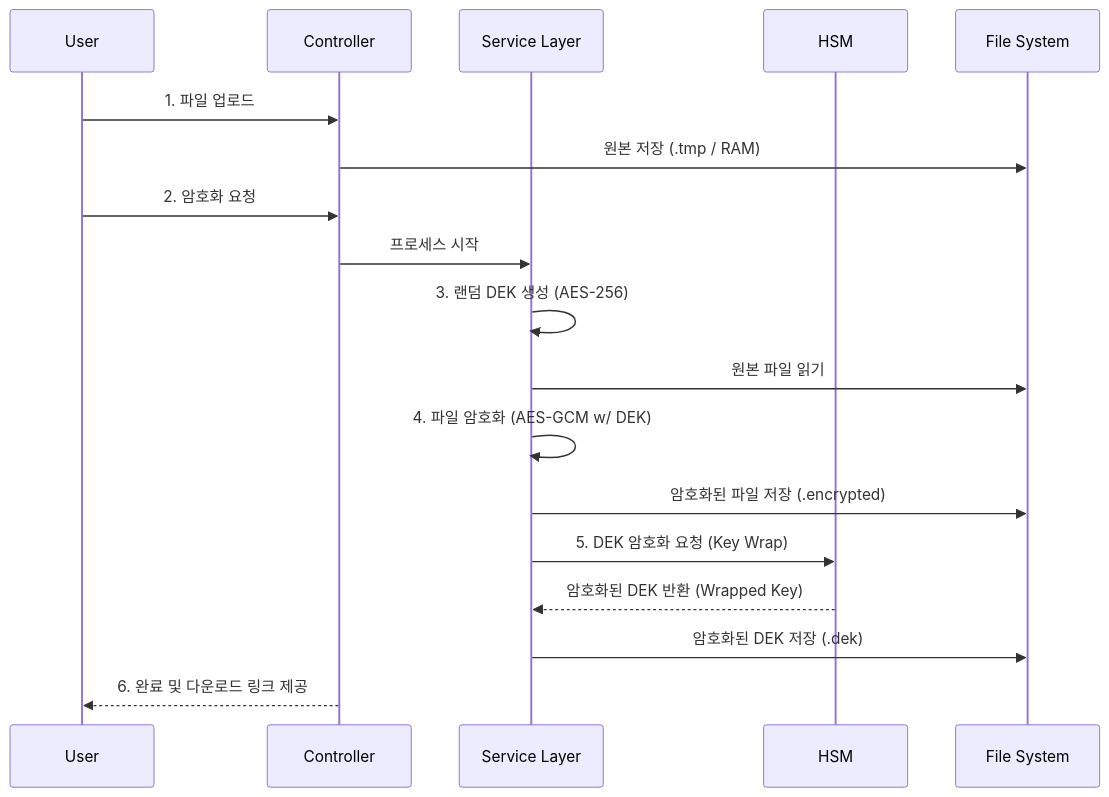
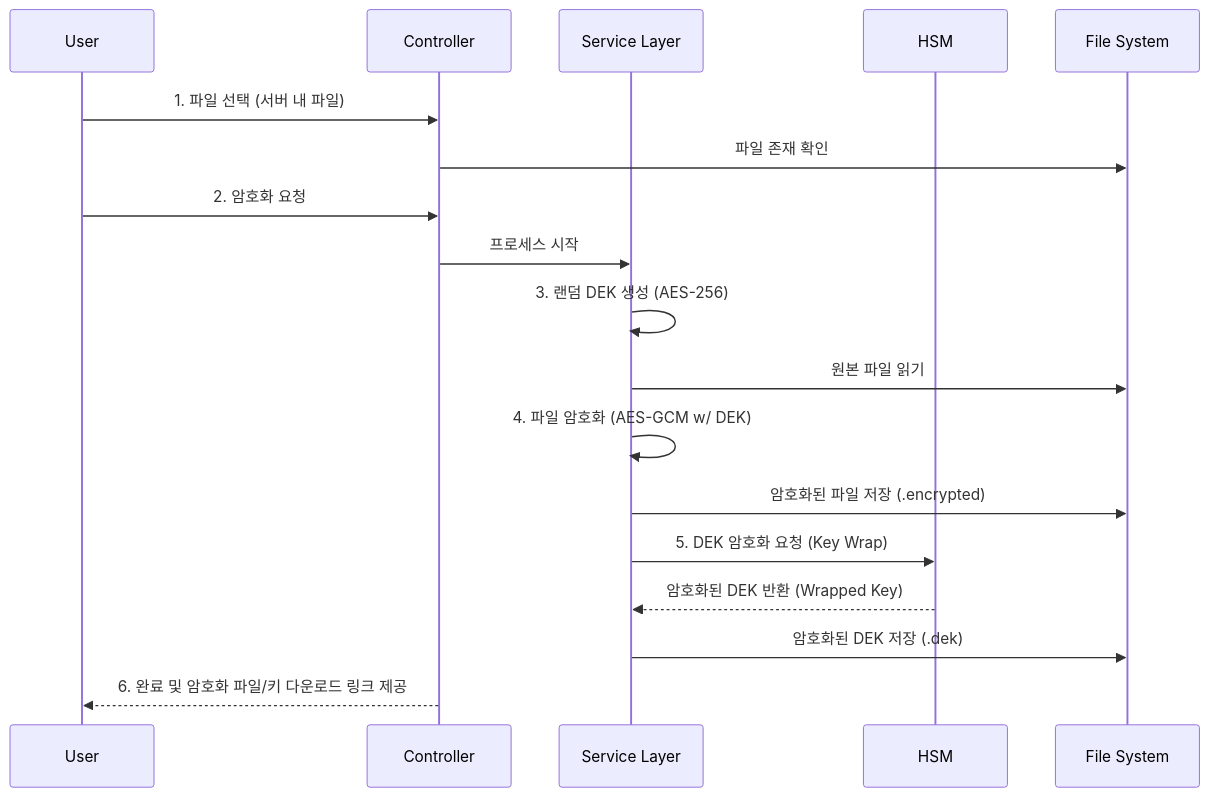
Before and after one commit to sjrhee/CryptoFileKeK: the second of 3 diagrams in README.md, drawn with Mermaid. The commit also changed other lines of this file, not shown here.

Commit message:
Docs: Update data flow diagrams (unencrypted files constraint)

````diff
--- a/README.md
+++ b/README.md
@@ -58,25 +58,25 @@
 ```mermaid
 sequenceDiagram
     participant U as User
     participant C as Controller
     participant S as Service Layer
     participant H as HSM
     participant F as File System
 
-    U->>C: 1. 파일 업로드
-    C->>F: 원본 저장 (.tmp / RAM)
+    U->>C: 1. 파일 선택 (서버 내 파일)
+    C->>F: 파일 존재 확인
     
     U->>C: 2. 암호화 요청
     C->>S: 프로세스 시작
     
     S->>S: 3. 랜덤 DEK 생성 (AES-256)
     S->>F: 원본 파일 읽기
     S->>S: 4. 파일 암호화 (AES-GCM w/ DEK)
     S->>F: 암호화된 파일 저장 (.encrypted)
     
     S->>H: 5. DEK 암호화 요청 (Key Wrap)
     H-->>S: 암호화된 DEK 반환 (Wrapped Key)
     S->>F: 암호화된 DEK 저장 (.dek)
     
-    C-->>U: 6. 완료 및 다운로드 링크 제공
+    C-->>U: 6. 완료 및 암호화 파일/키 다운로드 링크 제공
 ```
````
